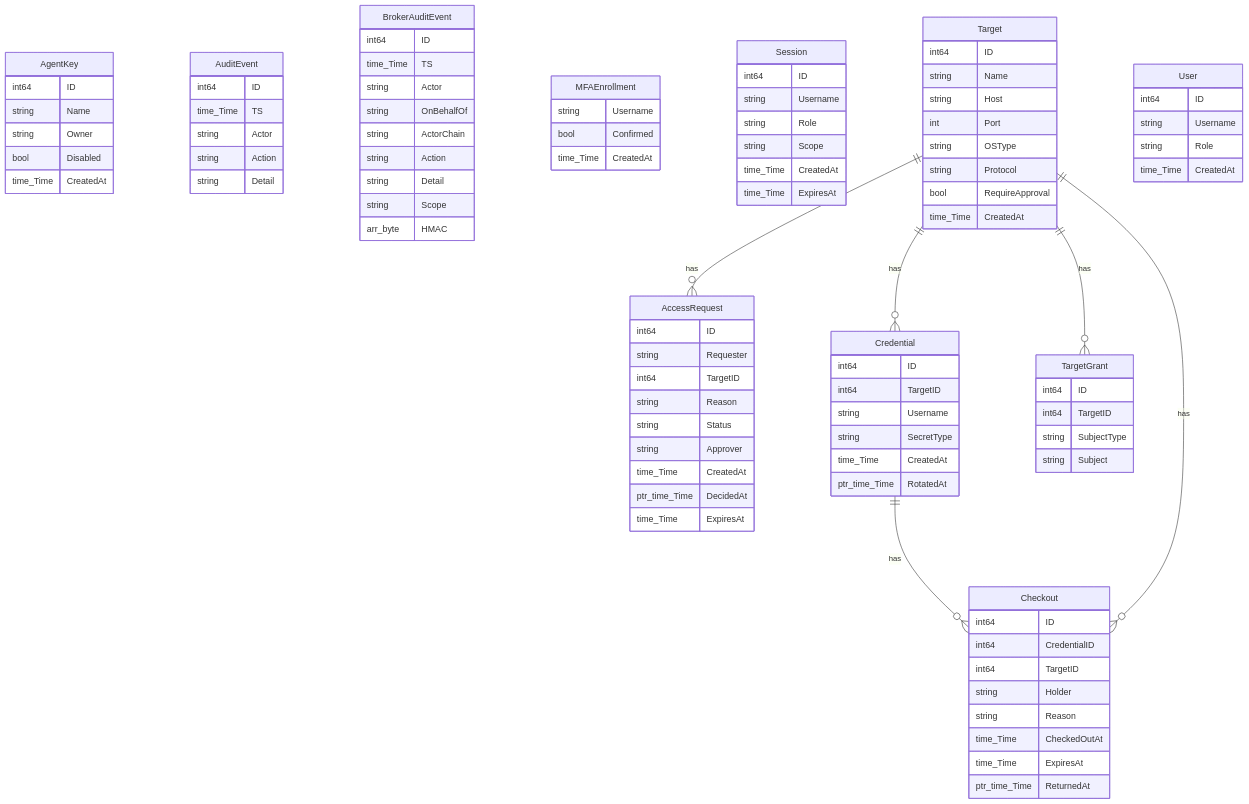
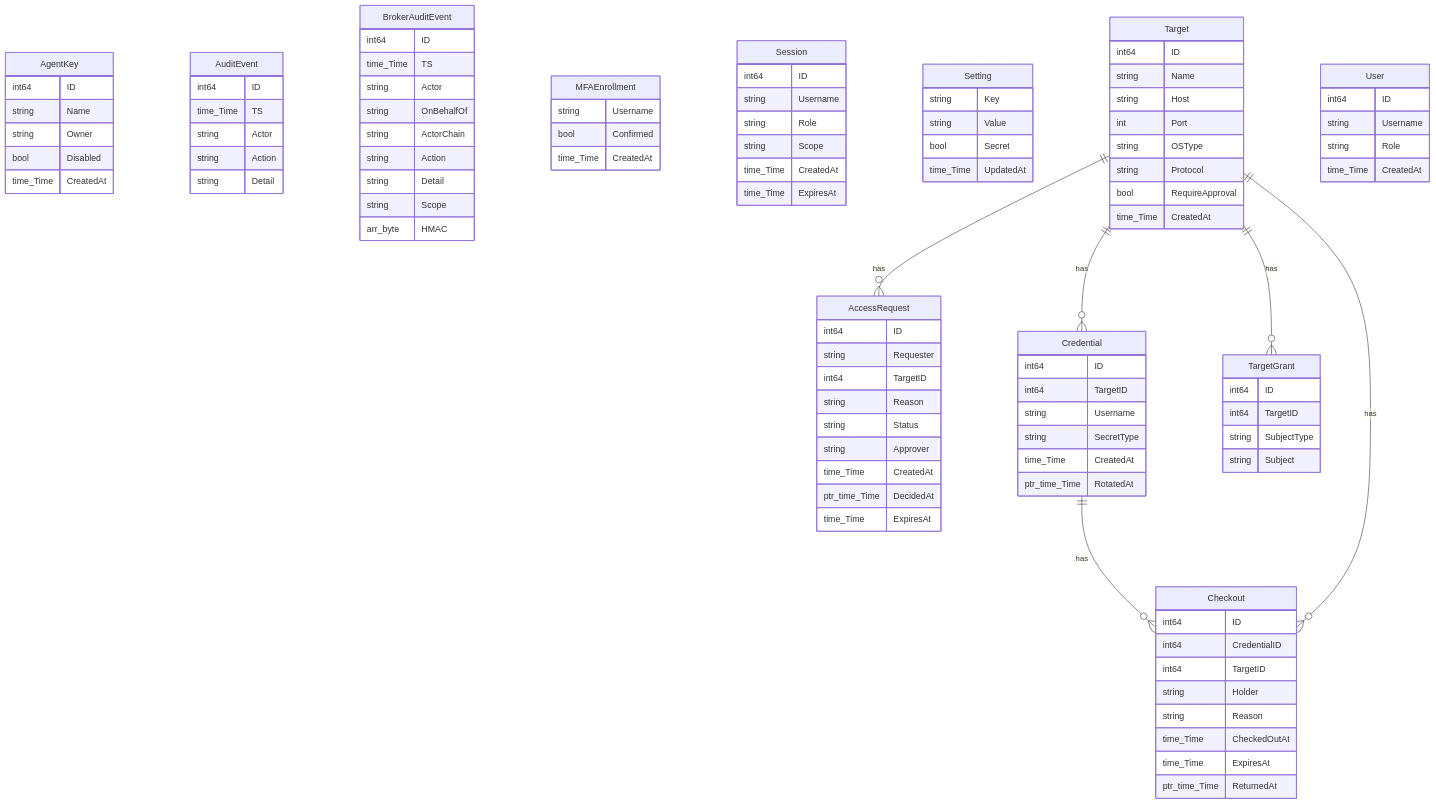
Before and after one commit to morandeirachema/pamv1: the second of 2 diagrams in docs/ARCHITECTURE-DIAGRAMS.md, drawn with Mermaid. The commit also changed other lines of this file and 13 other files, not shown here.

```diff
--- a/docs/ARCHITECTURE-DIAGRAMS.md
+++ b/docs/ARCHITECTURE-DIAGRAMS.md
@@ -198,6 +199,12 @@
     time_Time CreatedAt
     time_Time ExpiresAt
   }
+  Setting {
+    string Key
+    string Value
+    bool Secret
+    time_Time UpdatedAt
+  }
   Target {
     int64 ID
     string Name
```
